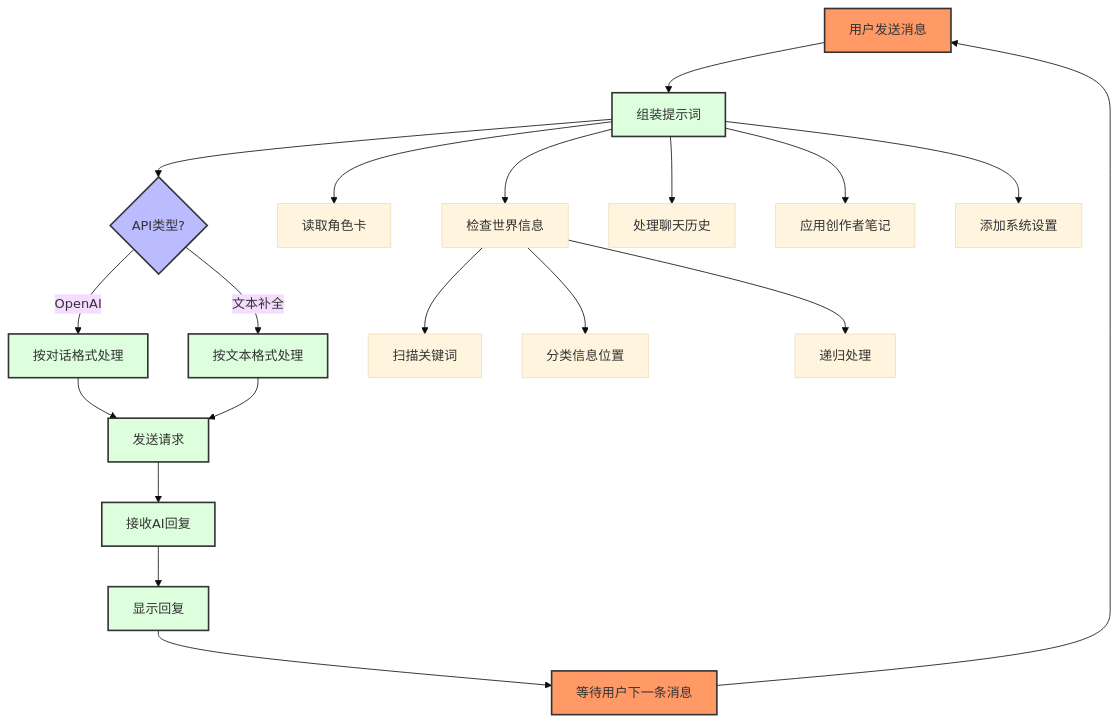
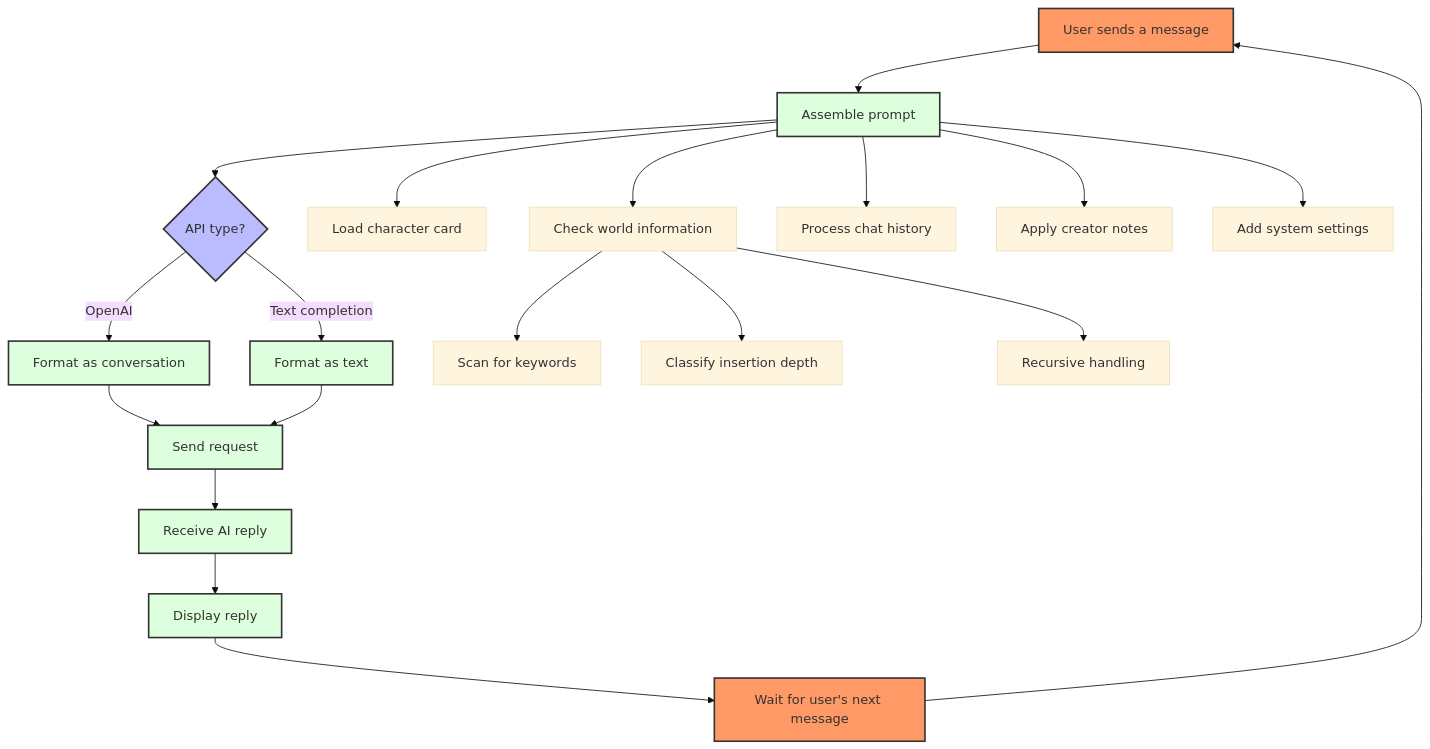
One commit to thesavant42/intro-to-silly-tavern-prompts changed the tenth of 10 diagrams in README.md. Above: the diagram before and after it, drawn with Mermaid (base theme). The commit also changed other lines of this file, not shown here.

````diff
--- a/README.md
+++ b/README.md
@@ -363,35 +366,35 @@
 ```mermaid
 flowchart TD
-    A[用户发送消息] --> B[组装提示词]
-    B --> C{API类型?}
-    C -->|OpenAI| D[按对话格式处理]
-    C -->|文本补全| E[按文本格式处理]
-    D --> F[发送请求]
+    A[User sends a message] --> B[Assemble prompt]
+    B --> C{API type?}
+    C -->|OpenAI| D[Format as conversation]
+    C -->|Text completion| E[Format as text]
+    D --> F[Send request]
     E --> F
-    F --> G[接收AI回复]
-    G --> H[显示回复]
-    H --> I[等待用户下一条消息]
+    F --> G[Receive AI reply]
+    G --> H[Display reply]
+    H --> I[Wait for user's next message]
     I --> A
     
-    %% 提示词组装细节
-    B --> B1[读取角色卡]
-    B --> B2[检查世界信息]
-    B --> B3[处理聊天历史]
-    B --> B4[应用创作者笔记]
-    B --> B5[添加系统设置]
+    %% Prompt assembly details
+    B --> B1[Load character card]
+    B --> B2[Check world information]
+    B --> B3[Process chat history]
+    B --> B4[Apply creator notes]
+    B --> B5[Add system settings]
     
-    %% 世界信息处理
-    B2 --> B2a[扫描关键词]
-    B2 --> B2b[分类信息位置]
-    B2 --> B2c[递归处理]
+    %% World info processing
+    B2 --> B2a[Scan for keywords]
+    B2 --> B2b[Classify insertion depth]
+    B2 --> B2c[Recursive handling]
     
     style A fill:#f96,stroke:#333,stroke-width:2px
     style I fill:#f96,stroke:#333,stroke-width:2px
     style C fill:#bbf,stroke:#333,stroke-width:2px
     style B fill:#dfd,stroke:#333,stroke-width:2px
     style D fill:#dfd,stroke:#333,stroke-width:2px
     style E fill:#dfd,stroke:#333,stroke-width:2px
     style F fill:#dfd,stroke:#333,stroke-width:2px
     style G fill:#dfd,stroke:#333,stroke-width:2px
     style H fill:#dfd,stroke:#333,stroke-width:2px
 ```
````
